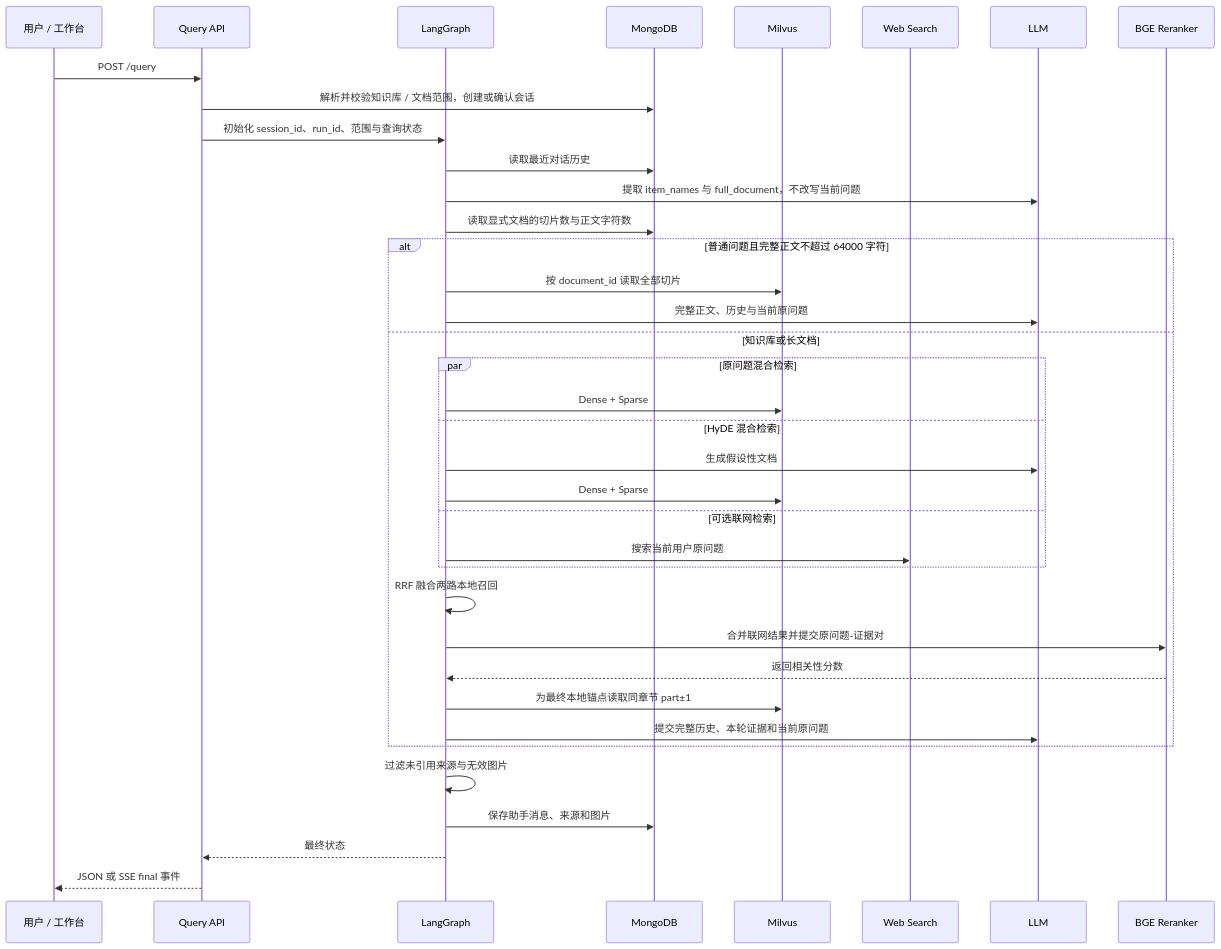
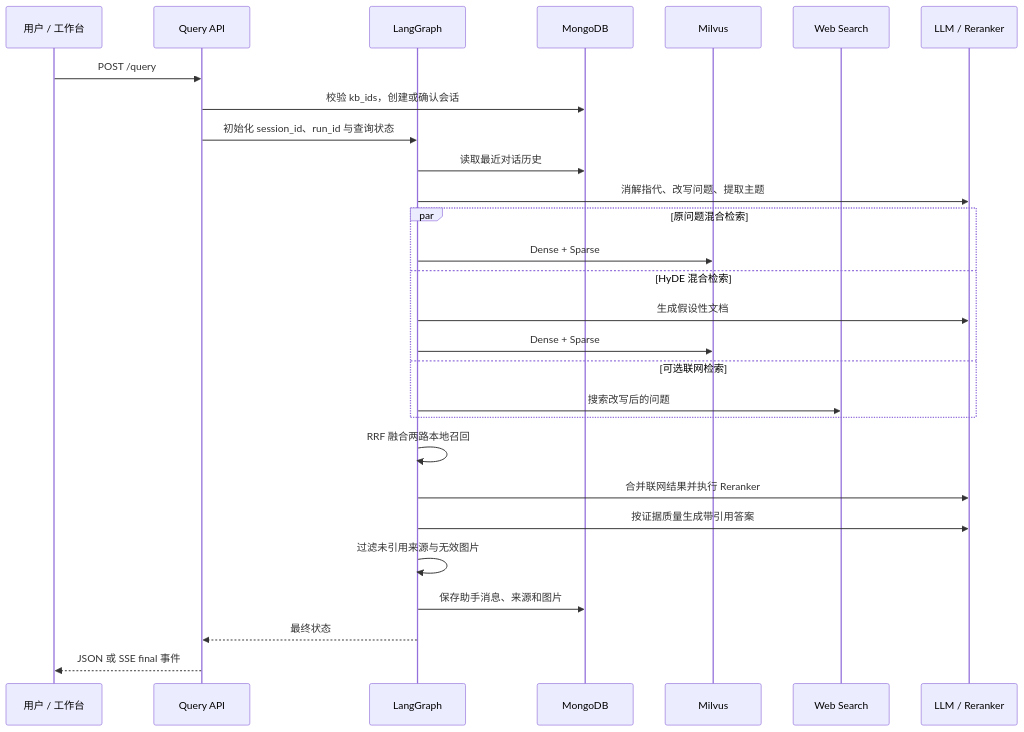
One commit to Pitkil/PunditRAG changed the second of 2 diagrams in README.md. Above: the diagram before and after it, drawn with Mermaid. The commit also changed other lines of this file and 1 other file, not shown here.

````diff
--- a/README.md
+++ b/README.md
@@ -265,40 +116,31 @@
 ```mermaid
 sequenceDiagram
     participant U as 用户 / 工作台
     participant A as Query API
     participant G as LangGraph
     participant DB as MongoDB
     participant V as Milvus
     participant W as Web Search
-    participant L as LLM
-    participant R as BGE Reranker
+    participant L as LLM / Reranker
 
     U->>A: POST /query
-    A->>DB: 解析并校验知识库 / 文档范围，创建或确认会话
-    A->>G: 初始化 session_id、run_id、范围与查询状态
+    A->>DB: 校验 kb_ids，创建或确认会话
+    A->>G: 初始化 session_id、run_id 与查询状态
     G->>DB: 读取最近对话历史
-    G->>L: 提取 item_names 与 full_document，不改写当前问题
-    G->>DB: 读取显式文档的切片数与正文字符数
-    alt 普通问题且完整正文不超过 64000 字符
-        G->>V: 按 document_id 读取全部切片
-        G->>L: 完整正文、历史与当前原问题
-    else 知识库或长文档
+    G->>L: 消解指代、改写问题、提取主题
     par 原问题混合检索
         G->>V: Dense + Sparse
     and HyDE 混合检索
         G->>L: 生成假设性文档
         G->>V: Dense + Sparse
     and 可选联网检索
-        G->>W: 搜索当前用户原问题
+        G->>W: 搜索改写后的问题
     end
     G->>G: RRF 融合两路本地召回
-    G->>R: 合并联网结果并提交原问题-证据对
-    R-->>G: 返回相关性分数
-    G->>V: 为最终本地锚点读取同章节 part±1
-    G->>L: 提交完整历史、本轮证据和当前原问题
-    end
+    G->>L: 合并联网结果并执行 Reranker
+    G->>L: 按证据质量生成带引用答案
     G->>G: 过滤未引用来源与无效图片
     G->>DB: 保存助手消息、来源和图片
     G-->>A: 最终状态
     A-->>U: JSON 或 SSE final 事件
 ```
````
